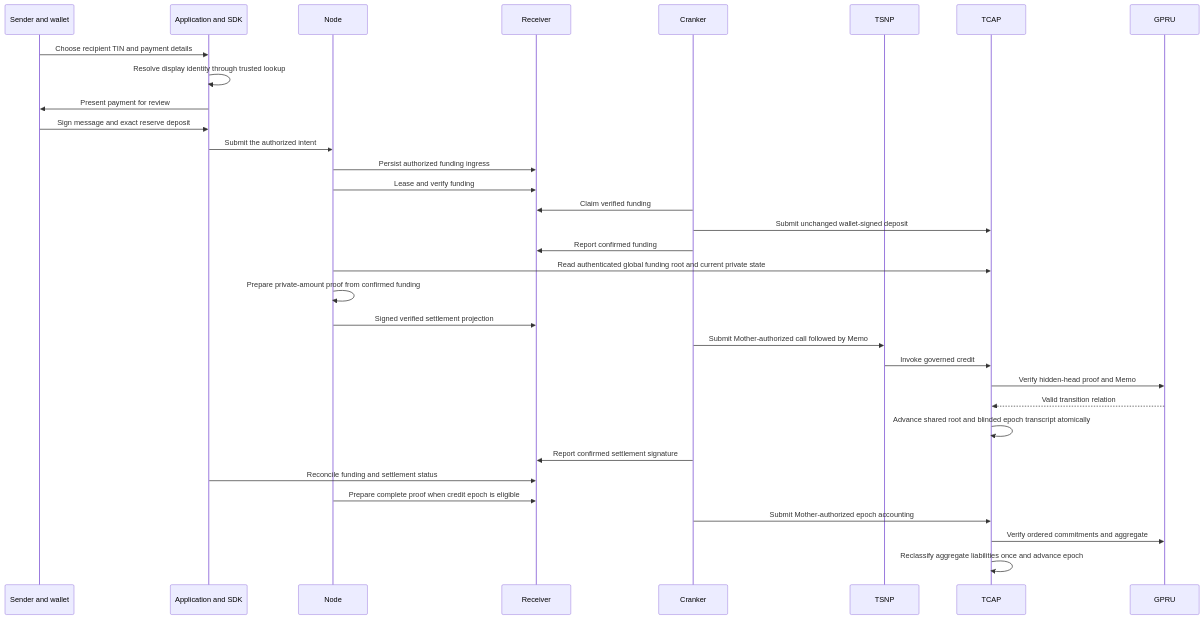
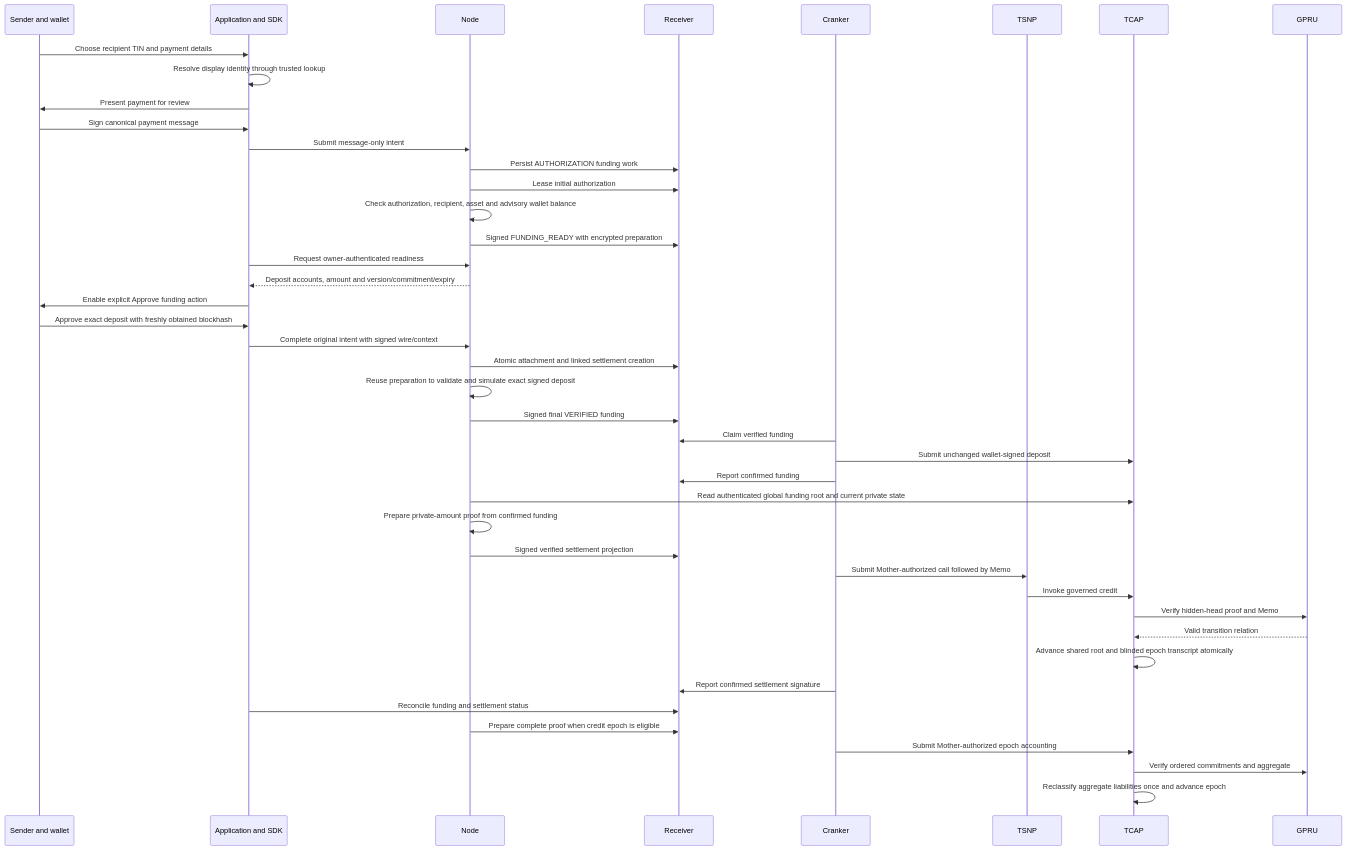
One commit to Trustlink-Labs/TSN-Protocol changed the diagram in tsn-docs/overview/how-it-works.mdx. Above: the diagram before and after it, drawn with Mermaid. The commit also changed other lines of this file and 973 other files, not shown here.

````diff
--- a/tsn-docs/overview/how-it-works.mdx
+++ b/tsn-docs/overview/how-it-works.mdx
@@ -10,36 +10,46 @@
 ```mermaid
 sequenceDiagram
     participant S as Sender and wallet
     participant A as Application and SDK
     participant N as Node
     participant R as Receiver
     participant K as Cranker
     participant P as TSNP
     participant T as TCAP
     participant G as GPRU
 
     S->>A: Choose recipient TIN and payment details
     A->>A: Resolve display identity through trusted lookup
     A->>S: Present payment for review
-    S->>A: Sign message and exact reserve deposit
-    A->>N: Submit the authorized intent
-    N->>R: Persist authorized funding ingress
-    N->>R: Lease and verify funding
+    S->>A: Sign canonical payment message
+    A->>N: Submit message-only intent
+    N->>R: Persist AUTHORIZATION funding work
+    N->>R: Lease initial authorization
+    N->>N: Check authorization, recipient, asset and advisory wallet balance
+    N->>R: Signed FUNDING_READY with encrypted preparation
+    A->>N: Request owner-authenticated readiness
+    N-->>A: Deposit accounts, amount and version/commitment/expiry
+    A->>S: Enable explicit Approve funding action
+    S->>A: Approve exact deposit with freshly obtained blockhash
+    A->>N: Complete original intent with signed wire/context
+    N->>R: Atomic attachment and linked settlement creation
+    N->>N: Reuse preparation to validate and simulate exact signed deposit
+    N->>R: Signed final VERIFIED funding
     K->>R: Claim verified funding
     K->>T: Submit unchanged wallet-signed deposit
     K->>R: Report confirmed funding
     N->>T: Read authenticated global funding root and current private state
     N->>N: Prepare private-amount proof from confirmed funding
     N->>R: Signed verified settlement projection
     K->>P: Submit Mother-authorized call followed by Memo
     P->>T: Invoke governed credit
     T->>G: Verify hidden-head proof and Memo
     G-->>T: Valid transition relation
     T->>T: Advance shared root and blinded epoch transcript atomically
     K->>R: Report confirmed settlement signature
     A->>R: Reconcile funding and settlement status
     N->>R: Prepare complete proof when credit epoch is eligible
     K->>T: Submit Mother-authorized epoch accounting
     T->>G: Verify ordered commitments and aggregate
     T->>T: Reclassify aggregate liabilities once and advance epoch
 ```
````
